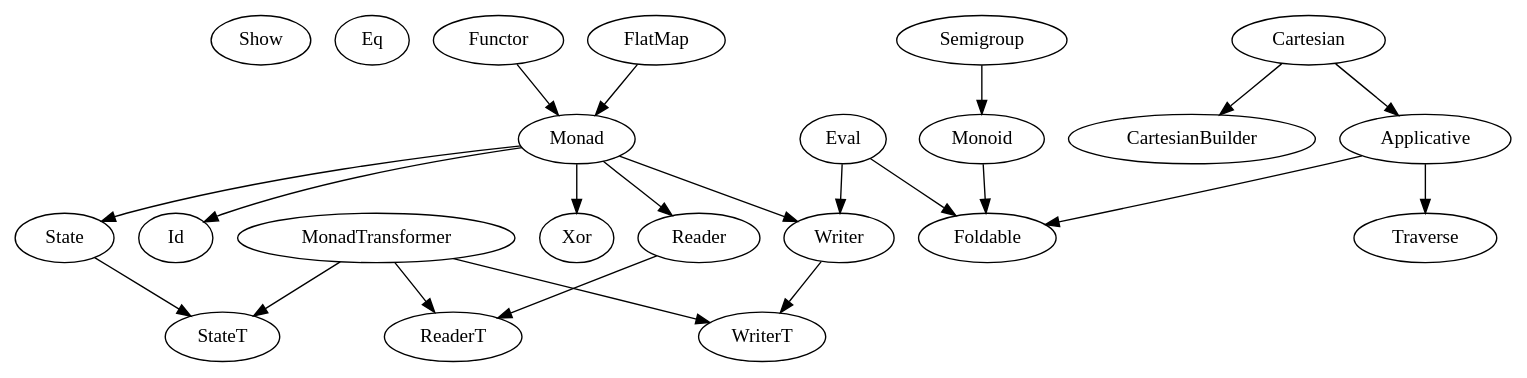
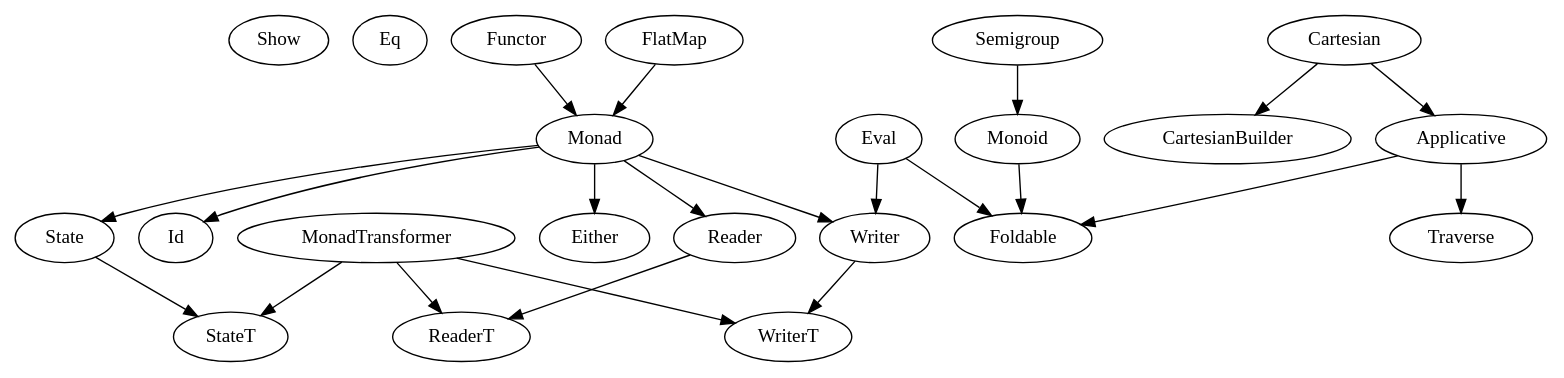
Before and after one commit to scalawithcats/scala-with-cats: the diagram in concepts.dot, drawn with Graphviz. The commit also changed 33 other files, not shown here.

```diff
--- a/concepts.dot
+++ b/concepts.dot
@@ -1,61 +1,61 @@
 digraph G {
 
   Show;
   Eq;
 
   // --------------------
 
   Monoid;
 
   Semigroup -> Monoid;
 
   // --------------------
 
   Eval;
 
   // --------------------
 
   Foldable;
 
   Eval        -> Foldable;
   Monoid      -> Foldable;
   Applicative -> Foldable;
 
   // --------------------
 
   Monad;
 
   Functor -> Monad;
   FlatMap -> Monad;
 
   Monad -> Id;
-  Monad -> Xor;
+  Monad -> Either;
   Monad -> Reader;
   Monad -> Writer;
   Monad -> State;
 
   Eval -> Writer;
 
   // --------------------
 
   MonadTransformer;
 
   MonadTransformer -> ReaderT;
   MonadTransformer -> WriterT;
   MonadTransformer -> StateT;
 
   Reader -> ReaderT;
   Writer -> WriterT;
   State  -> StateT;
 
   // --------------------
 
   Applicative;
   Cartesian;
   Traverse;
 
   Cartesian -> Applicative;
   Cartesian -> CartesianBuilder;
   Applicative -> Traverse;
 
 }
```
